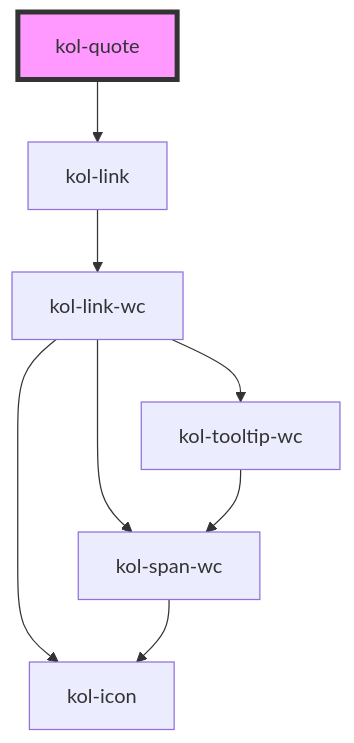
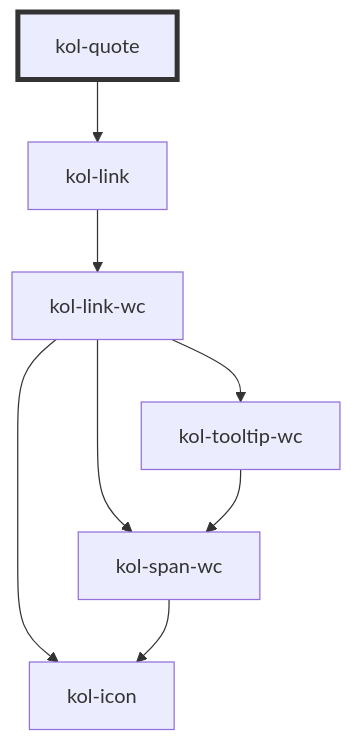
The diagram in packages/components/src/components/quote/readme.md (public-ui/kolibri), drawn with Mermaid before and after one commit. The commit also changed 40 other files, not shown here.

````diff
--- a/packages/components/src/components/quote/readme.md
+++ b/packages/components/src/components/quote/readme.md
@@ -84,11 +84,11 @@
 ```mermaid
 graph TD;
   kol-quote --> kol-link
   kol-link --> kol-link-wc
   kol-link-wc --> kol-span-wc
   kol-link-wc --> kol-icon
   kol-link-wc --> kol-tooltip-wc
   kol-span-wc --> kol-icon
   kol-tooltip-wc --> kol-span-wc
-  style kol-quote fill:#f9f,stroke:#333,stroke-width:4px
+  style kol-quote stroke:#333,stroke-width:4px
 ```
````
